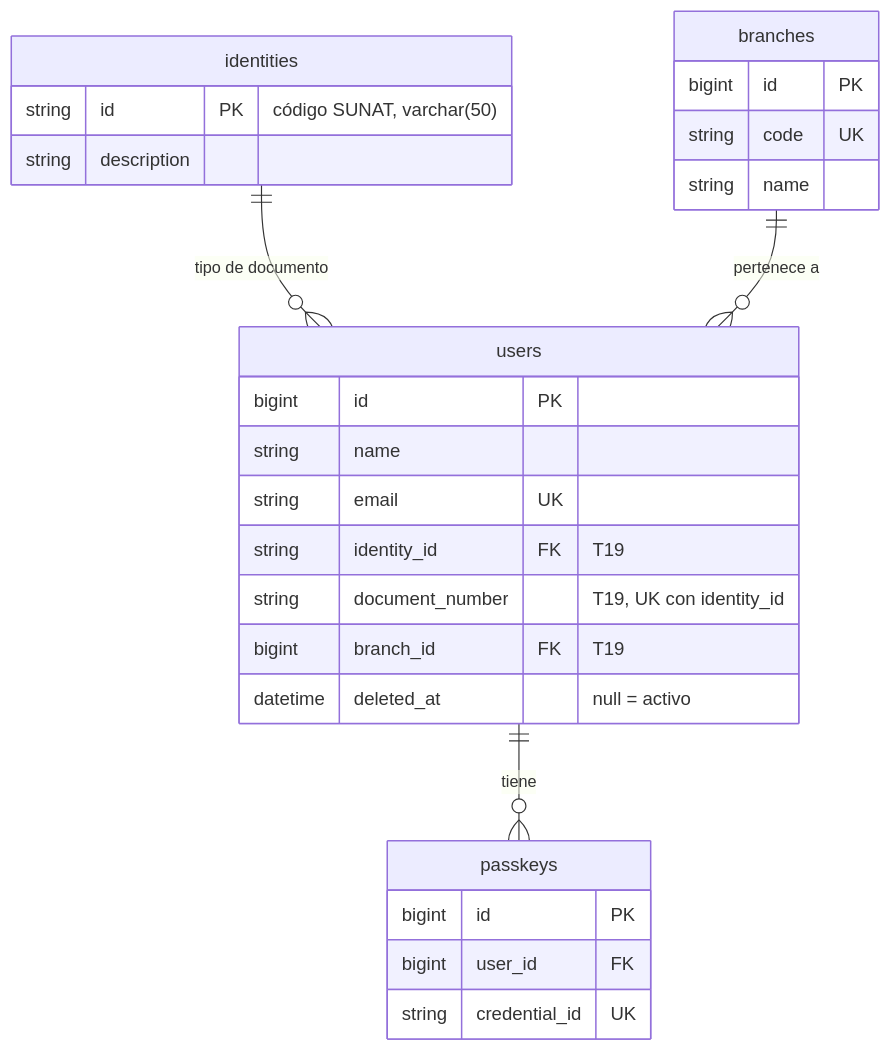
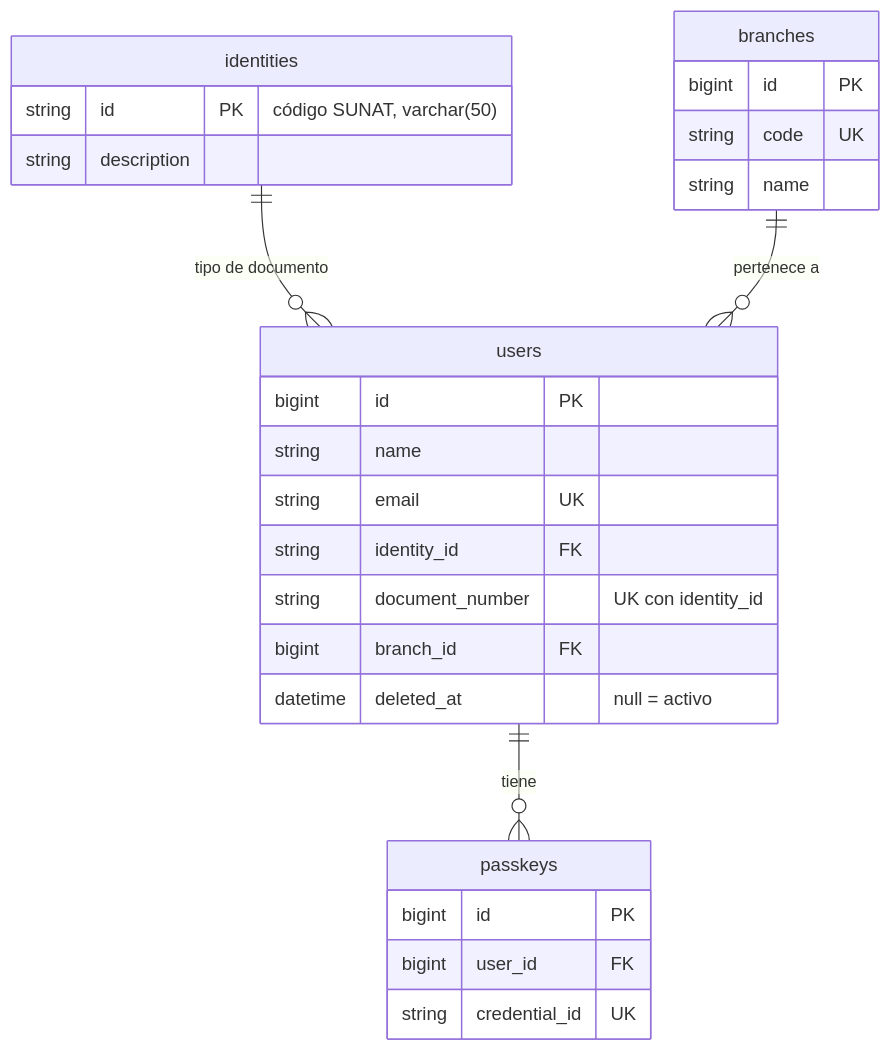
The first of 2 diagrams in docs/database.md (Cerati1998/SIGLA-TOS), drawn with Mermaid before and after one commit. The commit also changed other lines of this file and 14 other files, not shown here.

````diff
--- a/docs/database.md
+++ b/docs/database.md
@@ -59,30 +59,30 @@
 ```mermaid
 erDiagram
   identities ||--o{ users : "tipo de documento"
   branches ||--o{ users : "pertenece a"
   users ||--o{ passkeys : "tiene"
 
   identities {
     string id PK "código SUNAT, varchar(50)"
     string description
   }
   branches {
     bigint id PK
     string code UK
     string name
   }
   users {
     bigint id PK
     string name
     string email UK
-    string identity_id FK "T19"
-    string document_number "T19, UK con identity_id"
-    bigint branch_id FK "T19"
+    string identity_id FK
+    string document_number "UK con identity_id"
+    bigint branch_id FK
     datetime deleted_at "null = activo"
   }
   passkeys {
     bigint id PK
     bigint user_id FK
     string credential_id UK
   }
 ```
````
